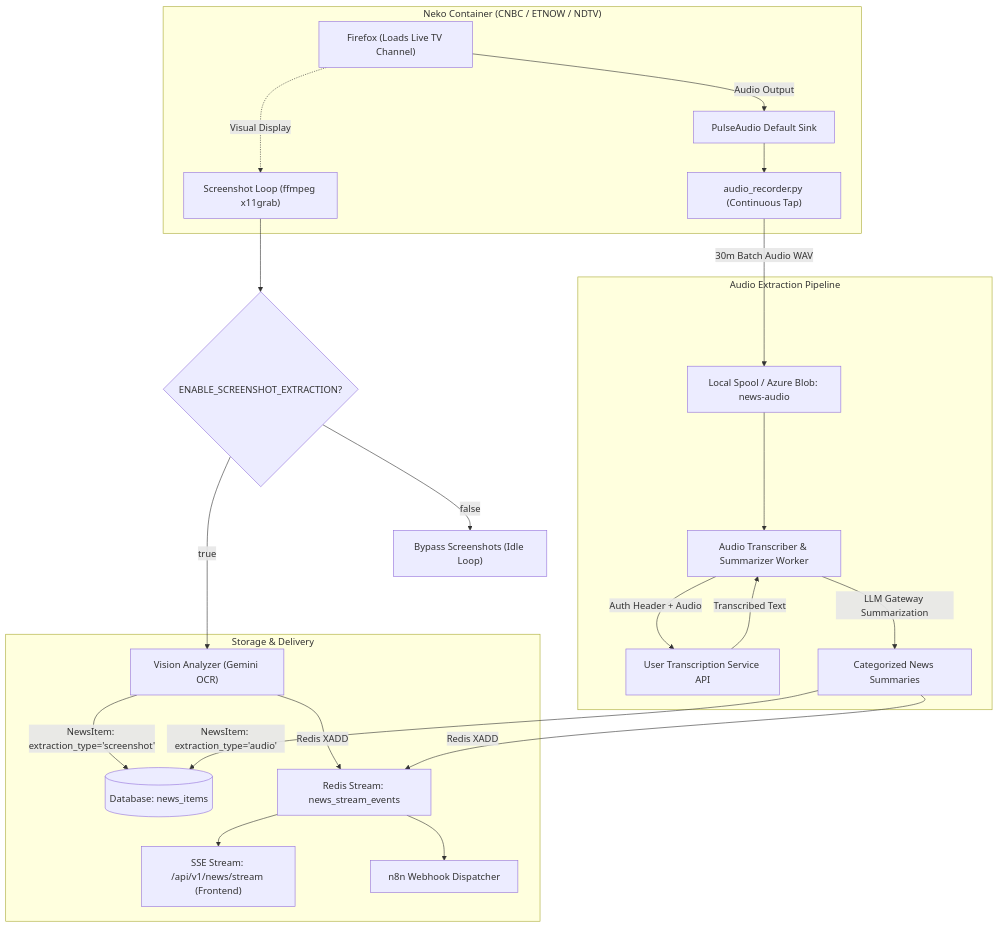
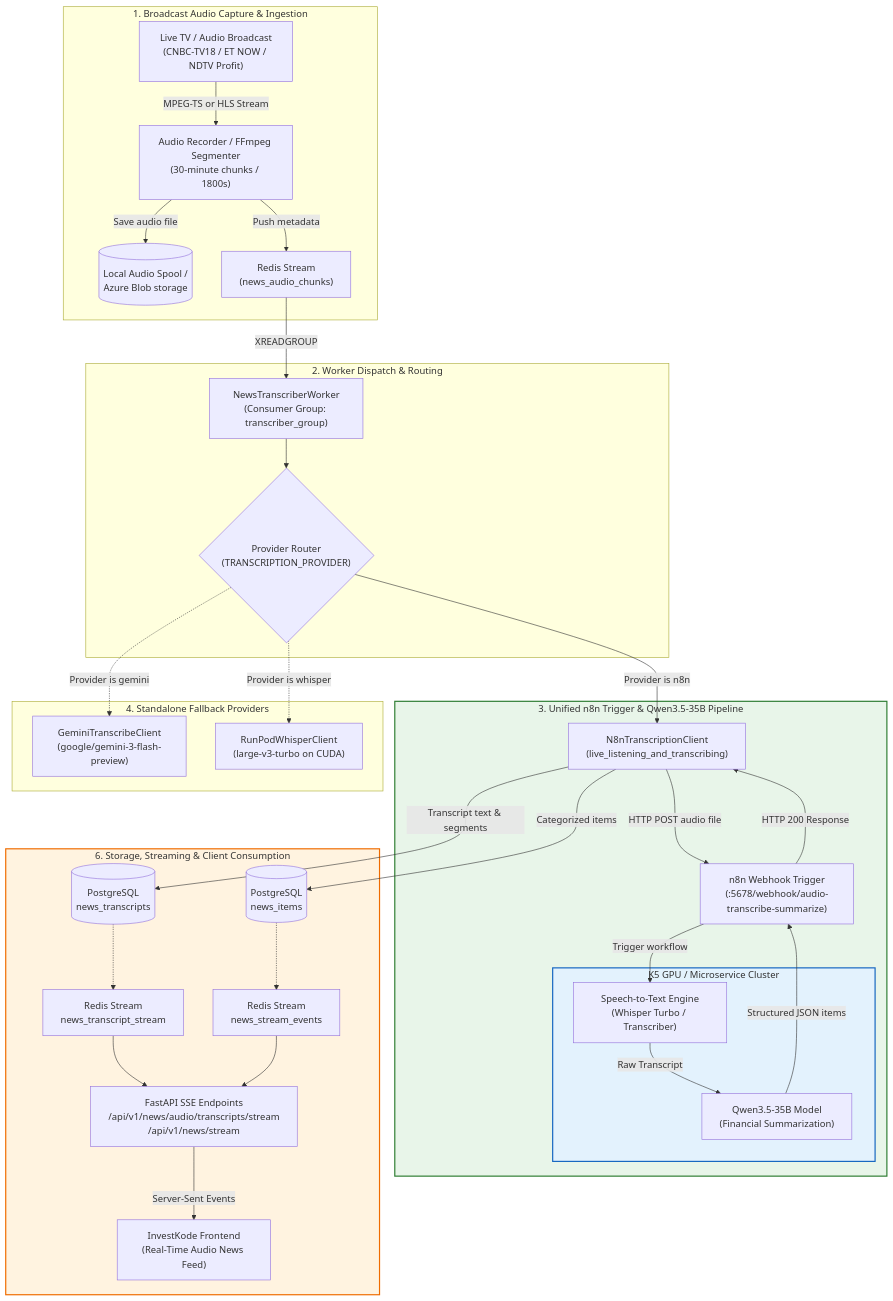
Before and after one commit to himanshuai09/memory-code: the first of 3 diagrams in news_streaming_arc.md, drawn with Mermaid. The commit also changed other lines of this file, not shown here.

````diff
--- a/news_streaming_arc.md
+++ b/news_streaming_arc.md
@@ -29,35 +2,68 @@
 ```mermaid
 flowchart TD
-    subgraph BrowserCapture["Neko Container (CNBC / ETNOW / NDTV)"]
-        FF["Firefox (Loads Live TV Channel)"]
-        PA["PulseAudio Default Sink"]
-        Rec["audio_recorder.py (Continuous Tap)"]
-        ScreenLoop["Screenshot Loop (ffmpeg x11grab)"]
-
-        FF -->|Audio Output| PA
-        PA --> Rec
-        FF -.->|Visual Display| ScreenLoop
+    subgraph S1["1. Broadcast Audio Capture & Ingestion"]
+        TV["Live TV / Audio Broadcast\n(CNBC-TV18 / ET NOW / NDTV Profit)"]
+        REC["Audio Recorder / FFmpeg Segmenter\n(30-minute chunks / 1800s)"]
+        SPOOL[("Local Audio Spool /\nAzure Blob storage")]
+        R_CHUNKS["Redis Stream\n(news_audio_chunks)"]
+        
+        TV -->|MPEG-TS or HLS Stream| REC
+        REC -->|Save audio file| SPOOL
+        REC -->|Push metadata| R_CHUNKS
     end
 
-    Toggle{"ENABLE_SCREENSHOT_EXTRACTION?"}
-    ScreenLoop --> Toggle
-    Toggle -->|false| SkipScreen["Bypass Screenshots (Idle Loop)"]
-    Toggle -->|true| Analyzer["Vision Analyzer (Gemini OCR)"]
-
-    subgraph AudioFlow["Audio Extraction Pipeline"]
-        Rec -->|30m Batch Audio WAV| Spool["Local Spool / Azure Blob: news-audio"]
-        Spool --> TransWorker["Audio Transcriber & Summarizer Worker"]
-        TransWorker -->|Auth Header + Audio| TransAPI["User Transcription Service API"]
-        TransAPI -->|Transcribed Text| TransWorker
-        TransWorker -->|LLM Gateway Summarization| AudioSum["Categorized News Summaries"]
+    subgraph S2["2. Worker Dispatch & Routing"]
+        WORKER["NewsTranscriberWorker\n(Consumer Group: transcriber_group)"]
+        ROUTER{"Provider Router\n(TRANSCRIPTION_PROVIDER)"}
+        
+        R_CHUNKS -->|XREADGROUP| WORKER
+        WORKER --> ROUTER
     end
 
-    subgraph PersistenceAndDelivery["Storage & Delivery"]
-        Analyzer -->|NewsItem: extraction_type='screenshot'| DB[("Database: news_items")]
-        AudioSum -->|NewsItem: extraction_type='audio'| DB
-        Analyzer -->|Redis XADD| Stream["Redis Stream: news_stream_events"]
-        AudioSum -->|Redis XADD| Stream
-        Stream --> SSE["SSE Stream: /api/v1/news/stream (Frontend)"]
-        Stream --> N8N["n8n Webhook Dispatcher"]
+    subgraph S3["3. Unified n8n Trigger & Qwen3.5-35B Pipeline"]
+        N8N_CLIENT["N8nTranscriptionClient\n(live_listening_and_transcribing)"]
+        N8N_WEBHOOK["n8n Webhook Trigger\n(:5678/webhook/audio-transcribe-summarize)"]
+        
+        subgraph K5_CLUSTER["K5 GPU / Microservice Cluster"]
+            STT_ENGINE["Speech-to-Text Engine\n(Whisper Turbo / Transcriber)"]
+            QWEN_MODEL["Qwen3.5-35B Model\n(Financial Summarization)"]
+            STT_ENGINE -->|Raw Transcript| QWEN_MODEL
+        end
+        
+        ROUTER -->|Provider is n8n| N8N_CLIENT
+        N8N_CLIENT -->|HTTP POST audio file| N8N_WEBHOOK
+        N8N_WEBHOOK -->|Trigger workflow| STT_ENGINE
+        QWEN_MODEL -->|Structured JSON items| N8N_WEBHOOK
+        N8N_WEBHOOK -->|HTTP 200 Response| N8N_CLIENT
+        end
+
+    subgraph S4["4. Standalone Fallback Providers"]
+        GEMINI_CLIENT["GeminiTranscribeClient\n(google/gemini-3-flash-preview)"]
+        RUNPOD_CLIENT["RunPodWhisperClient\n(large-v3-turbo on CUDA)"]
+        
+        ROUTER -.->|Provider is gemini| GEMINI_CLIENT
+        ROUTER -.->|Provider is whisper| RUNPOD_CLIENT
     end
+
+
+    subgraph S6["6. Storage, Streaming & Client Consumption"]
+        DB_TRANSCRIPTS[("PostgreSQL\nnews_transcripts")]
+        DB_NEWS_ITEMS[("PostgreSQL\nnews_items")]
+        REDIS_TRANSCRIPT_STREAM["Redis Stream\nnews_transcript_stream"]
+        REDIS_NEWS_EVENTS["Redis Stream\nnews_stream_events"]
+        SSE_ENDPOINT["FastAPI SSE Endpoints\n/api/v1/news/audio/transcripts/stream\n/api/v1/news/stream"]
+        FRONTEND["InvestKode Frontend\n(Real-Time Audio News Feed)"]
+
+        N8N_CLIENT -->|Transcript text & segments| DB_TRANSCRIPTS
+        N8N_CLIENT -->|Categorized items| DB_NEWS_ITEMS
+        DB_TRANSCRIPTS -.-> REDIS_TRANSCRIPT_STREAM
+        DB_NEWS_ITEMS -.-> REDIS_NEWS_EVENTS
+        REDIS_TRANSCRIPT_STREAM --> SSE_ENDPOINT
+        REDIS_NEWS_EVENTS --> SSE_ENDPOINT
+        SSE_ENDPOINT -->|Server-Sent Events| FRONTEND
+    end
+
+    style S3 fill:#e8f5e9,stroke:#2e7d32,stroke-width:2px
+    style K5_CLUSTER fill:#e3f2fd,stroke:#1565c0,stroke-width:2px
+    style S6 fill:#fff3e0,stroke:#ef6c00,stroke-width:2px
 ```
````
